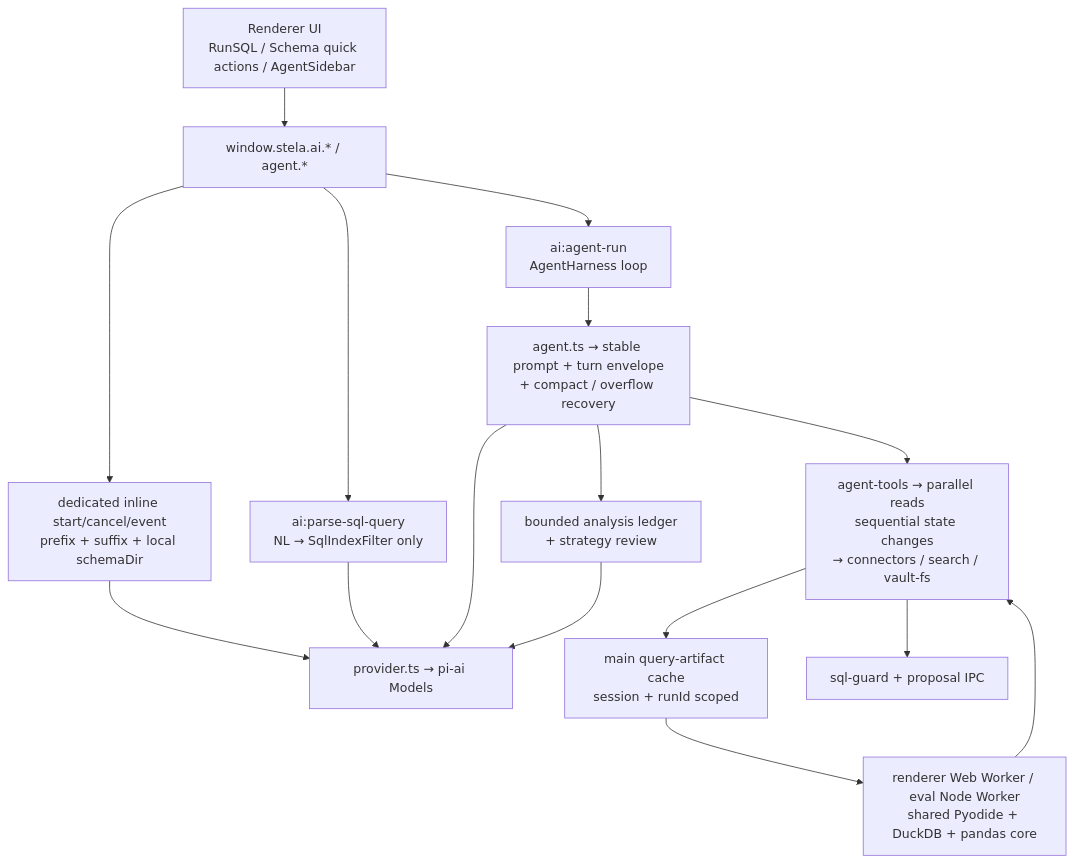
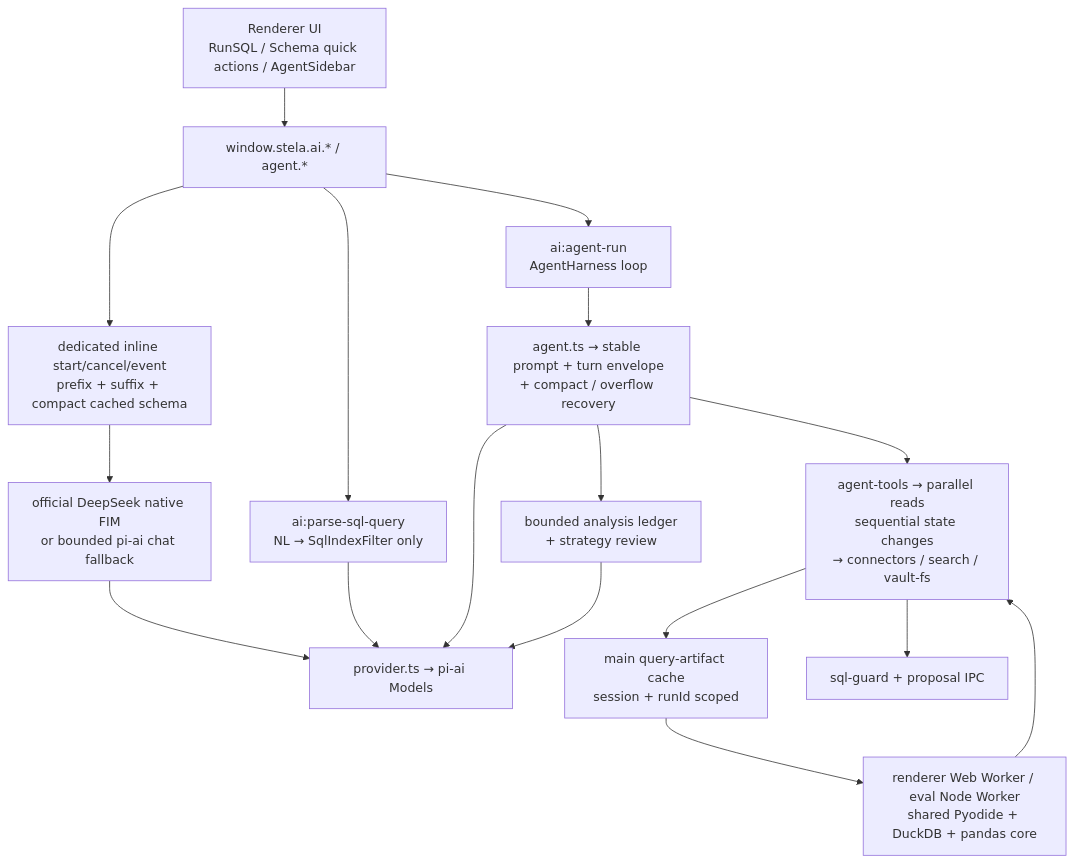
Before and after one commit to ay27/Stela: the second of 2 diagrams in docs/ARCHITECTURE.md, drawn with Mermaid. The commit also changed other lines of this file and 17 other files, not shown here.

First line of the commit message:
feat(editor): use guarded native FIM for SQL inline completion

````diff
--- a/docs/ARCHITECTURE.md
+++ b/docs/ARCHITECTURE.md
@@ -387,26 +389,28 @@
 ```mermaid
 flowchart TB
   UI["Renderer UI\nRunSQL / Schema quick actions / AgentSidebar"]
   PRE["window.stela.ai.* / agent.*"]
-  INLINE["dedicated inline start/cancel/event\nprefix + suffix + local schemaDir"]
+  INLINE["dedicated inline start/cancel/event\nprefix + suffix + compact cached schema"]
+  FIM["official DeepSeek native FIM\nor bounded pi-ai chat fallback"]
   PARSE["ai:parse-sql-query\nNL → SqlIndexFilter only"]
   AGENT["ai:agent-run\nAgentHarness loop"]
   PROV["provider.ts → pi-ai Models"]
   HARNESS["agent.ts → stable prompt + turn envelope\n+ compact / overflow recovery"]
   REVIEW["bounded analysis ledger\n+ strategy review"]
   TOOLS["agent-tools → parallel reads\nsequential state changes\n→ connectors / search / vault-fs"]
   ART["main query-artifact cache\nsession + runId scoped"]
   PY["renderer Web Worker / eval Node Worker\nshared Pyodide + DuckDB + pandas core"]
   GUARD["sql-guard + proposal IPC"]
 
   UI --> PRE
-  PRE --> INLINE --> PROV
+  PRE --> INLINE --> FIM
+  FIM --> PROV
   PRE --> PARSE
   PRE --> AGENT
   PARSE --> PROV
   AGENT --> HARNESS --> PROV
   HARNESS --> TOOLS
   HARNESS --> REVIEW --> PROV
   TOOLS --> GUARD
   TOOLS --> ART --> PY --> TOOLS
 ```
````
